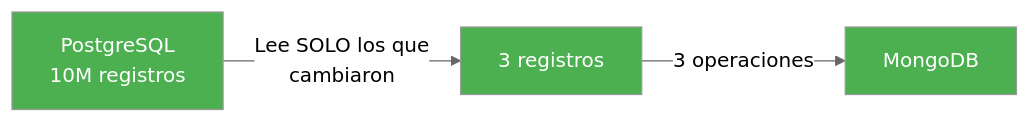
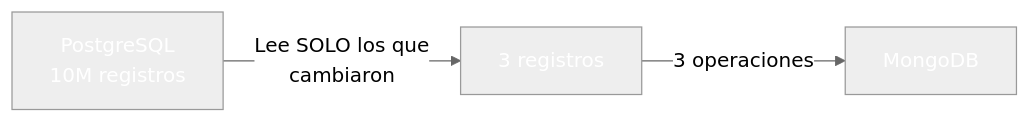
One commit to joseluisgs/DesarrolloWebEntornosServidor-02-2026-2027 changed diagram 15 of 24 in 30-cqrs-mediator.md. Above: the diagram before and after it, drawn with Mermaid (neutral theme). The commit also changed other lines of this file and 41 other files, not shown here.

````diff
--- a/30-cqrs-mediator.md
+++ b/30-cqrs-mediator.md
@@ -975,9 +975,9 @@
 ```mermaid
 flowchart LR
     A["PostgreSQL\n10M registros"] -->|"Lee SOLO los que\ncambiaron"| B["3 registros"]
     B -->|"3 operaciones"| C["MongoDB"]
 
-    style A fill:#4CAF50,color:#fff
-    style B fill:#4CAF50,color:#fff
-    style C fill:#4CAF50,color:#fff
+    style A fill:#4CAF5,color:#fff0,color:#fff
+    style B fill:#4CAF5,color:#fff0,color:#fff
+    style C fill:#4CAF5,color:#fff0,color:#fff
 ```
````
